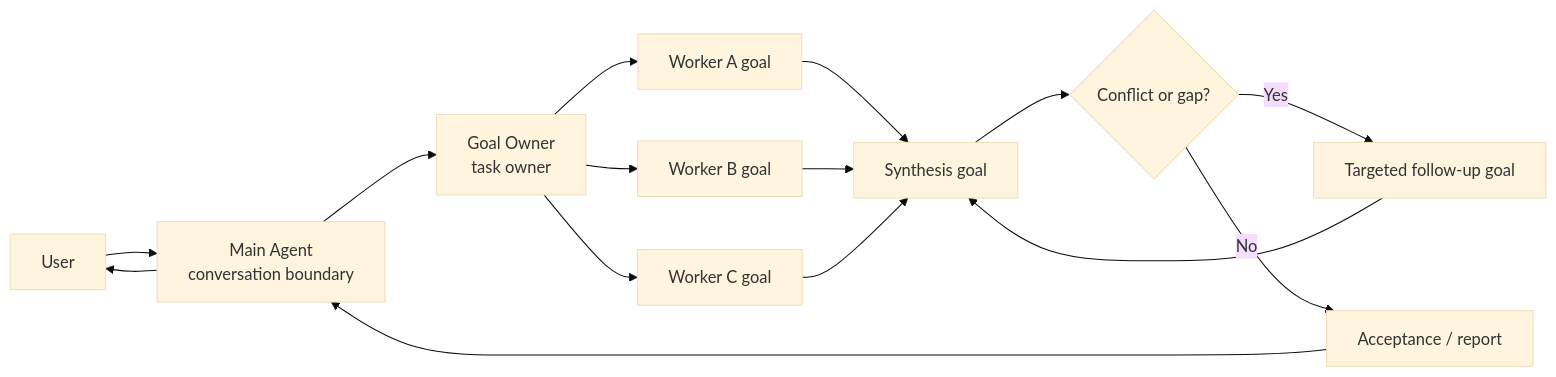
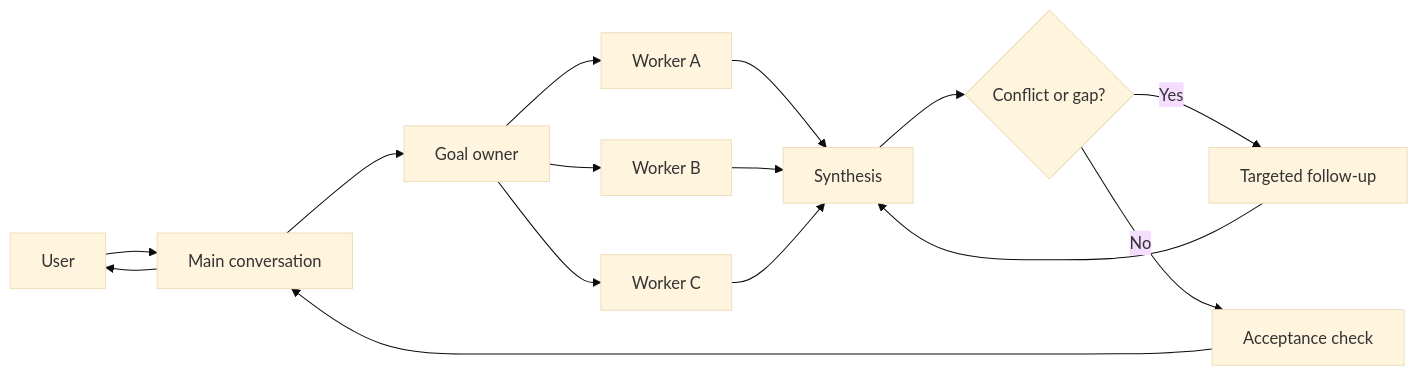
Before and after one commit to patrick-fu/awesome-skills: the second of 3 diagrams in parallel-goal-workflows/README.md, drawn with Mermaid (base theme). The commit also changed other lines of this file and 7 other files, not shown here.

````diff
--- a/parallel-goal-workflows/README.md
+++ b/parallel-goal-workflows/README.md
@@ -130,17 +105,17 @@
 ```mermaid
 flowchart LR
-  User["User"] --> Main["Main Agent<br/>conversation boundary"]
-  Main --> Owner["Goal Owner<br/>task owner"]
-  Owner --> A["Worker A goal"]
-  Owner --> B["Worker B goal"]
-  Owner --> C["Worker C goal"]
-  A --> S["Synthesis goal"]
+  User["User"] --> Main["Main conversation"]
+  Main --> Owner["Goal owner"]
+  Owner --> A["Worker A"]
+  Owner --> B["Worker B"]
+  Owner --> C["Worker C"]
+  A --> S["Synthesis"]
   B --> S
   C --> S
   S --> Decision{"Conflict or gap?"}
-  Decision -- "Yes" --> Followup["Targeted follow-up goal"]
+  Decision -- "Yes" --> Followup["Targeted follow-up"]
   Followup --> S
-  Decision -- "No" --> Acceptance["Acceptance / report"]
+  Decision -- "No" --> Acceptance["Acceptance check"]
   Acceptance --> Main
   Main --> User
 ```
````
